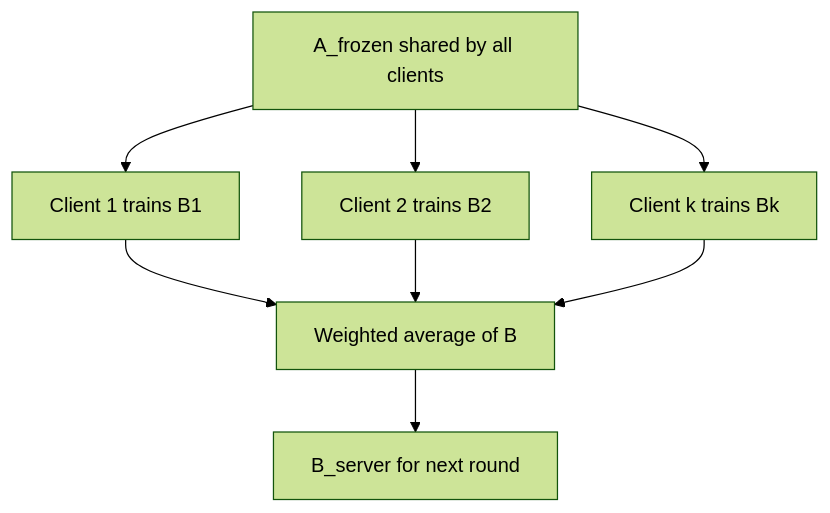
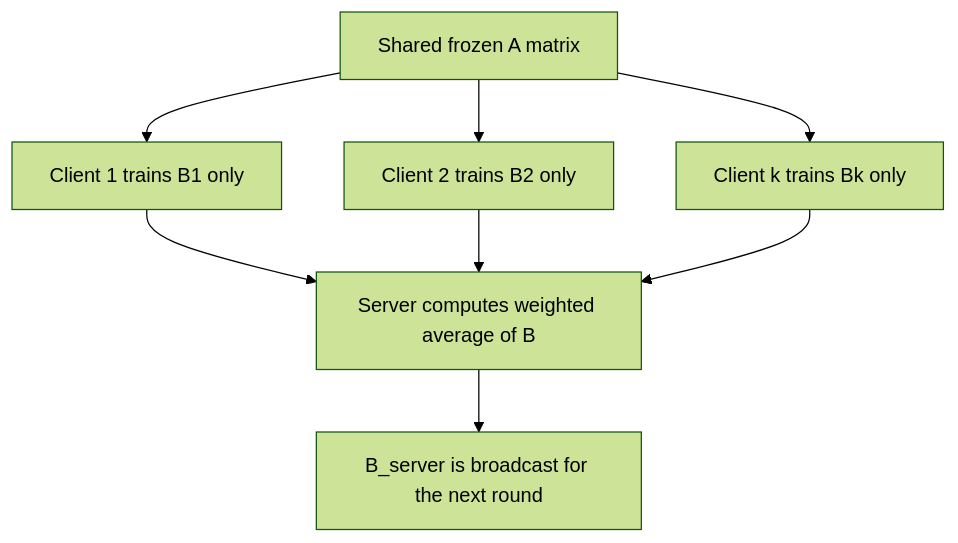
The fourth of 4 diagrams in docs/METHODS.md (trantrieuvy/vflora), drawn with Mermaid (forest theme) before and after one commit. The commit also changed other lines of this file, not shown here.

Commit message:
Clarify nonlinear method diagrams

````diff
--- a/docs/METHODS.md
+++ b/docs/METHODS.md
@@ -131,10 +141,12 @@
 ```mermaid
 flowchart TD
-  A[A_frozen shared by all clients] --> C1[Client 1 trains B1]
-  A --> C2[Client 2 trains B2]
-  A --> Ck[Client k trains Bk]
-  C1 --> S[Weighted average of B]
-  C2 --> S
-  Ck --> S
-  S --> G[B_server for next round]
+  A["Shared frozen A matrix"] --> C1["Client 1 trains B1 only"]
+  A --> C2["Client 2 trains B2 only"]
+  A --> CK["Client k trains Bk only"]
+
+  C1 --> Server["Server computes weighted average of B"]
+  C2 --> Server
+  CK --> Server
+
+  Server --> Next["B_server is broadcast for the next round"]
 ```
````
